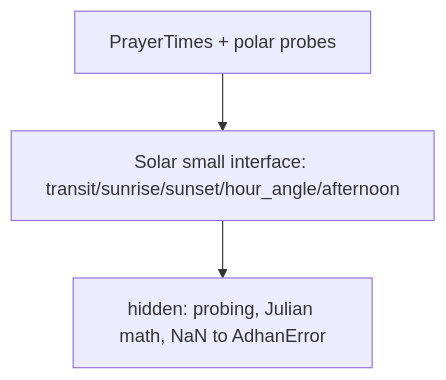
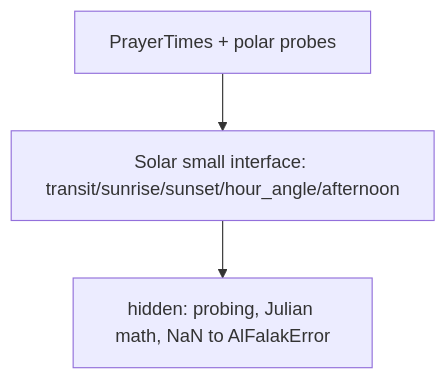
The third of 5 diagrams in docs/development/test-reports/architecture-review-20260930.md (nexusnv/adhan-py), drawn with Mermaid before and after one commit. The commit also changed other lines of this file and 151 other files, not shown here.

````diff
--- a/docs/development/test-reports/architecture-review-20260930.md
+++ b/docs/development/test-reports/architecture-review-20260930.md
@@ -159,5 +159,5 @@
 ```mermaid
 flowchart TB
   PT[PrayerTimes + polar probes] --> S[Solar small interface: transit/sunrise/sunset/hour_angle/afternoon]
-  S --> IMPL[hidden: probing, Julian math, NaN to AdhanError]
+  S --> IMPL[hidden: probing, Julian math, NaN to AlFalakError]
 ```
````
